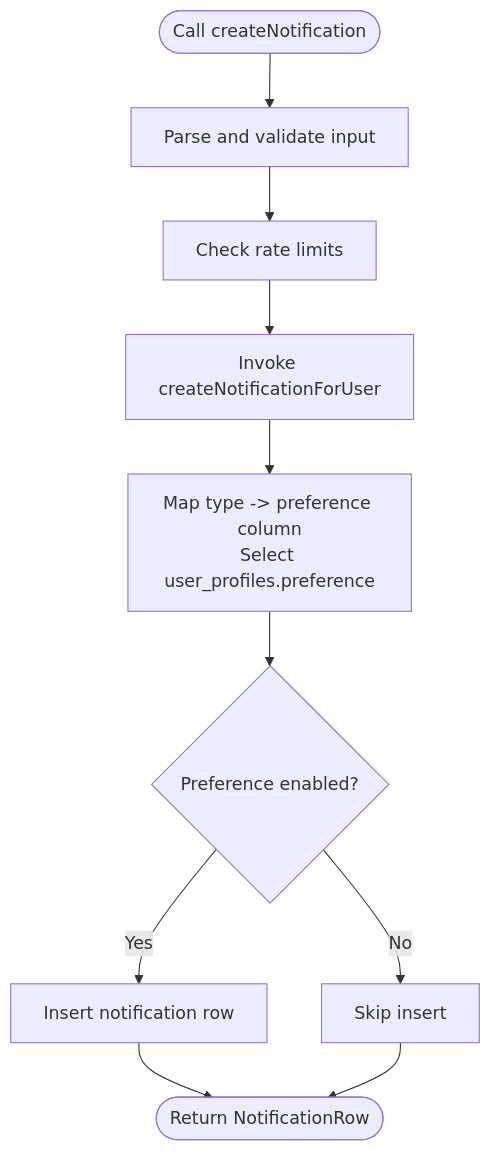
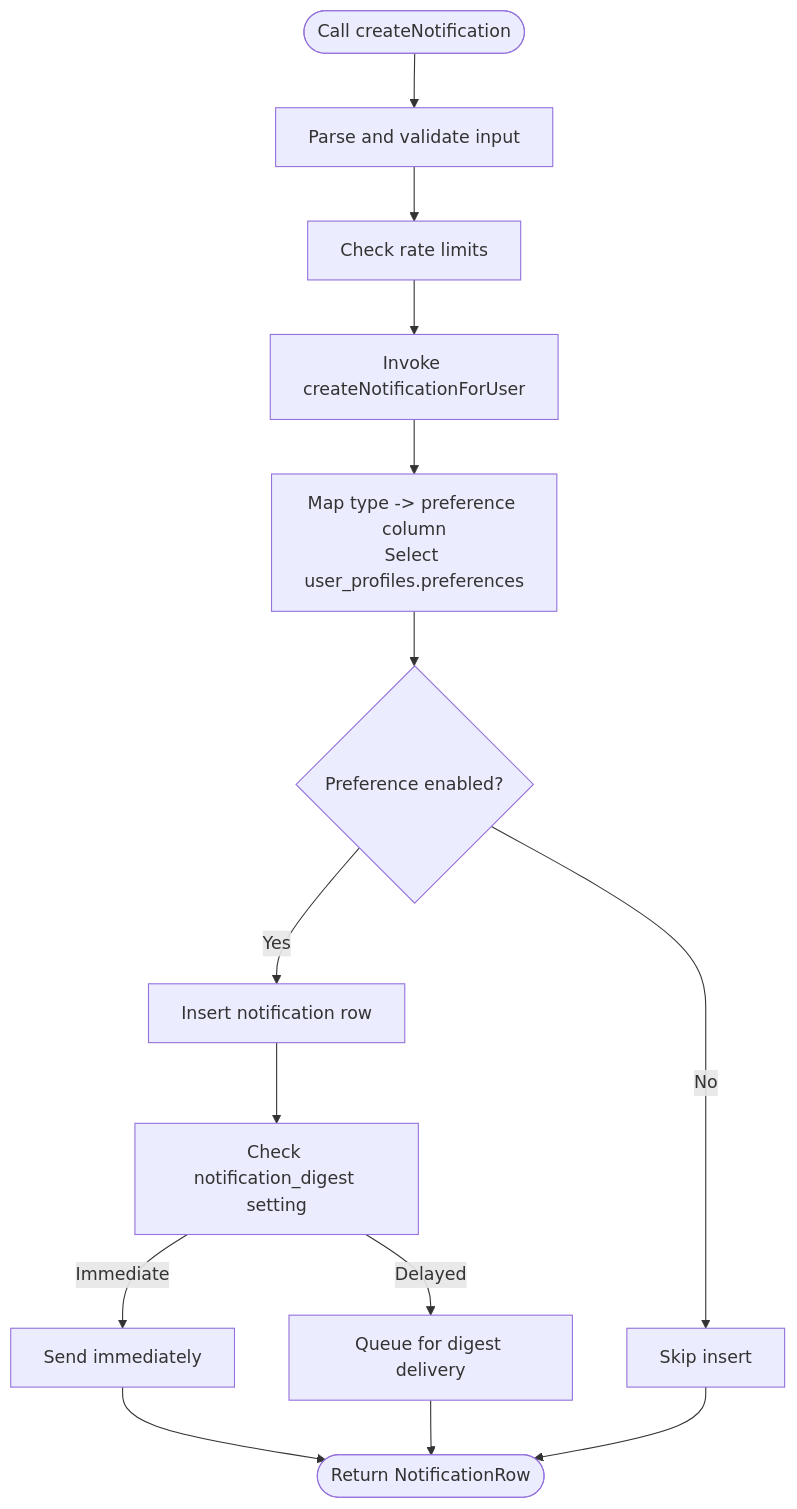
One commit to gastaldellomarco/pcReady changed the third of 6 diagrams in .qoder/repowiki/en/content/Real-time Features/Notification System/Notification Preferences.md. Above: the diagram before and after it, drawn with Mermaid. The commit also changed other lines of this file and 8 other files, not shown here.

````diff
--- a/.qoder/repowiki/en/content/Real-time Features/Notification System/Notification Preferences.md
+++ b/.qoder/repowiki/en/content/Real-time Features/Notification System/Notification Preferences.md
@@ -166,12 +179,16 @@
 ```mermaid
 flowchart TD
 Start([Call createNotification]) --> Parse["Parse and validate input"]
 Parse --> RateLimit["Check rate limits"]
 RateLimit --> ServerFn["Invoke createNotificationForUser"]
-ServerFn --> PrefCheck["Map type -> preference column<br/>Select user_profiles.preference"]
+ServerFn --> PrefCheck["Map type -> preference column<br/>Select user_profiles.preferences"]
 PrefCheck --> Enabled{"Preference enabled?"}
 Enabled --> |No| Skip["Skip insert"]
 Enabled --> |Yes| Insert["Insert notification row"]
-Insert --> Done([Return NotificationRow])
+Insert --> DigestCheck["Check notification_digest setting"]
+DigestCheck --> |Immediate| DirectSend["Send immediately"]
+DigestCheck --> |Delayed| Queue["Queue for digest delivery"]
+DirectSend --> Done([Return NotificationRow])
+Queue --> Done
 Skip --> Done
 ```
````
